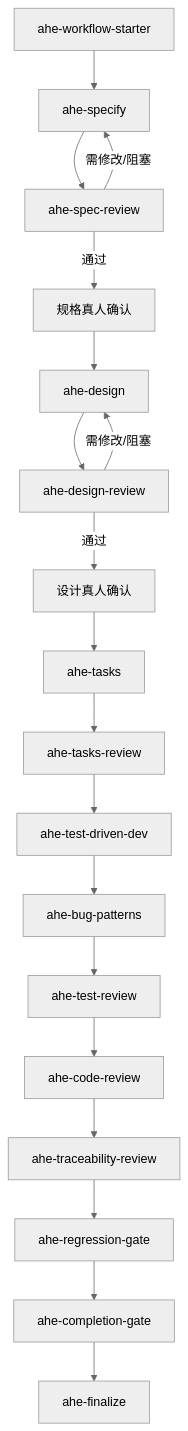
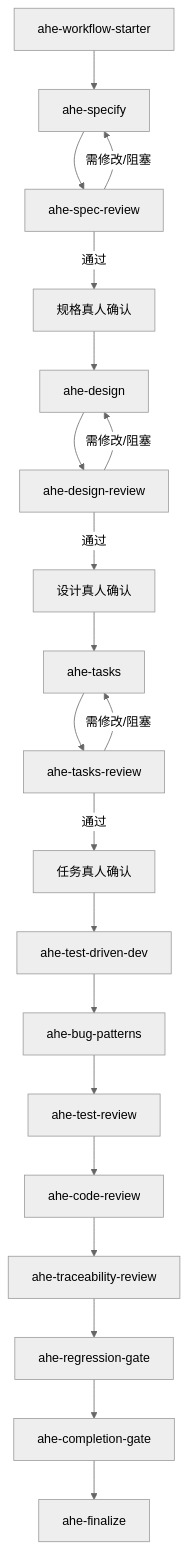
One commit to hujianbest/awesome-harness changed the second of 3 diagrams in skills/ahe-skills-design.md. Above: the diagram before and after it, drawn with Mermaid (neutral theme). The commit also changed other lines of this file and 10 other files, not shown here.

````diff
--- a/skills/ahe-skills-design.md
+++ b/skills/ahe-skills-design.md
@@ -647,39 +652,42 @@
 ```mermaid
 flowchart TD
     starter[ahe-workflow-starter]
     specify[ahe-specify]
     specReview[ahe-spec-review]
     specConfirm[规格真人确认]
     design[ahe-design]
     designReview[ahe-design-review]
     designConfirm[设计真人确认]
     tasks[ahe-tasks]
     tasksReview[ahe-tasks-review]
+    tasksConfirm[任务真人确认]
     implement[ahe-test-driven-dev]
     bugPatterns[ahe-bug-patterns]
     testReview[ahe-test-review]
     codeReview[ahe-code-review]
     traceabilityReview[ahe-traceability-review]
     regressionGate[ahe-regression-gate]
     completionGate[ahe-completion-gate]
     finalize[ahe-finalize]
 
     starter --> specify
     specify --> specReview
     specReview -->|通过| specConfirm
     specReview -->|需修改/阻塞| specify
     specConfirm --> design
     design --> designReview
     designReview -->|通过| designConfirm
     designReview -->|需修改/阻塞| design
     designConfirm --> tasks
     tasks --> tasksReview
-    tasksReview --> implement
+    tasksReview -->|通过| tasksConfirm
+    tasksReview -->|需修改/阻塞| tasks
+    tasksConfirm --> implement
     implement --> bugPatterns
     bugPatterns --> testReview
     testReview --> codeReview
     codeReview --> traceabilityReview
     traceabilityReview --> regressionGate
     regressionGate --> completionGate
     completionGate --> finalize
 ```
````
